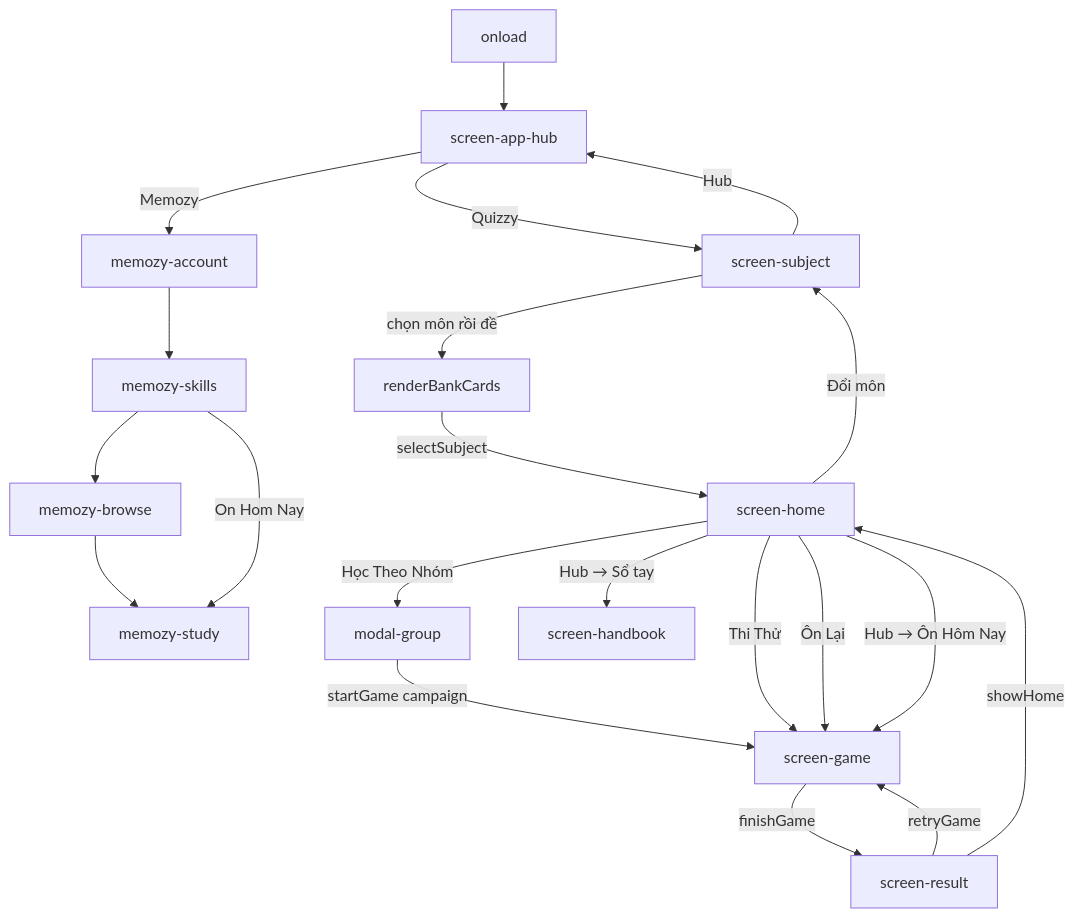
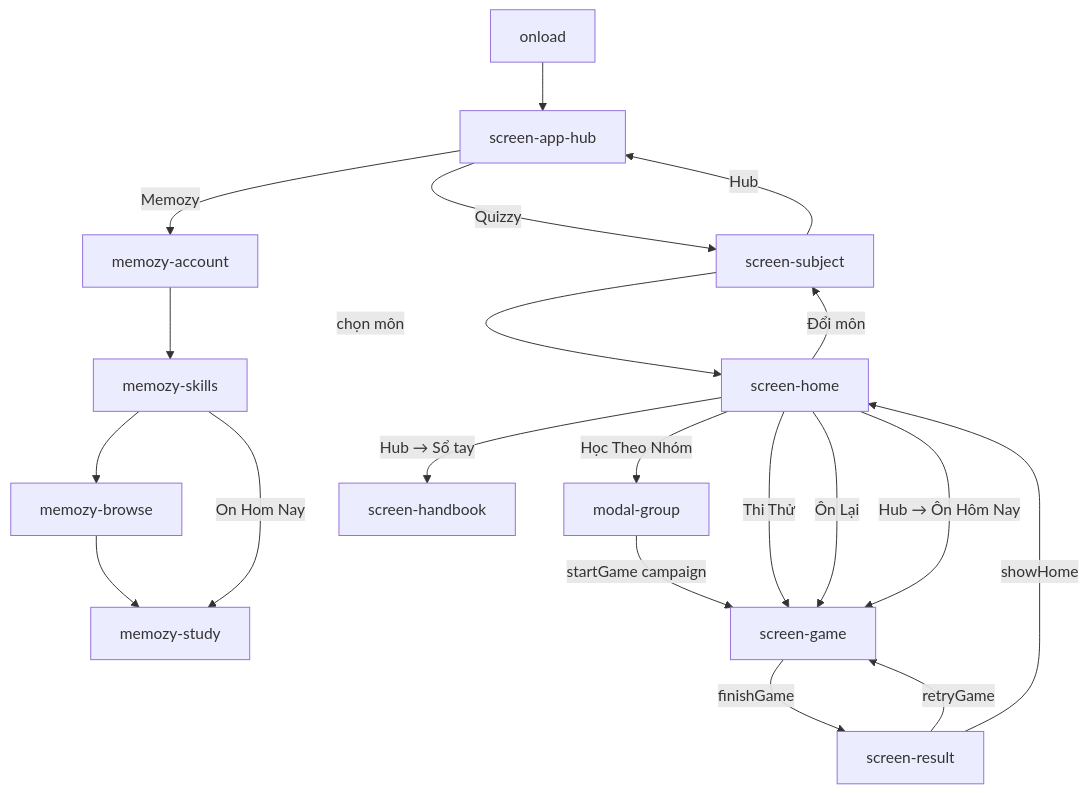
Before and after one commit to TAnhpika/Quiz: the second of 2 diagrams in ARCHITECTURE.md, drawn with Mermaid. The commit also changed other lines of this file and 7 other files, not shown here.

Commit message:
Refactor SWR bank by removing swr_extra and updating question counts. Adjusted architecture documentation, index.html, and build scripts to reflect the changes. Enhanced clarity in user interface by simplifying subject selection logic and updating question counts for SWR bank to 300.

````diff
--- a/ARCHITECTURE.md
+++ b/ARCHITECTURE.md
@@ -359,23 +357,22 @@
 ```mermaid
 flowchart TD
     A[onload] --> Hub[screen-app-hub]
     Hub -->|Quizzy| B[screen-subject]
     Hub -->|Memozy| M1[memozy-account]
     M1 --> M2[memozy-skills]
     M2 --> M3[memozy-browse]
     M3 --> M4[memozy-study]
     M2 -->|On Hom Nay| M4
-    B -->|chọn môn rồi đề| B2[renderBankCards]
-    B2 -->|selectSubject| C[screen-home]
+    B -->|chọn môn| C[screen-home]
     C -->|Học Theo Nhóm| D[modal-group]
     D -->|startGame campaign| E[screen-game]
     C -->|Thi Thử| E
     C -->|Ôn Lại| E
     C -->|Hub → Ôn Hôm Nay| E
     E -->|finishGame| F[screen-result]
     F -->|retryGame| E
     F -->|showHome| C
     C -->|Hub → Sổ tay| G[screen-handbook]
     C -->|Đổi môn| B
     B -->|Hub| Hub
 ```
````
